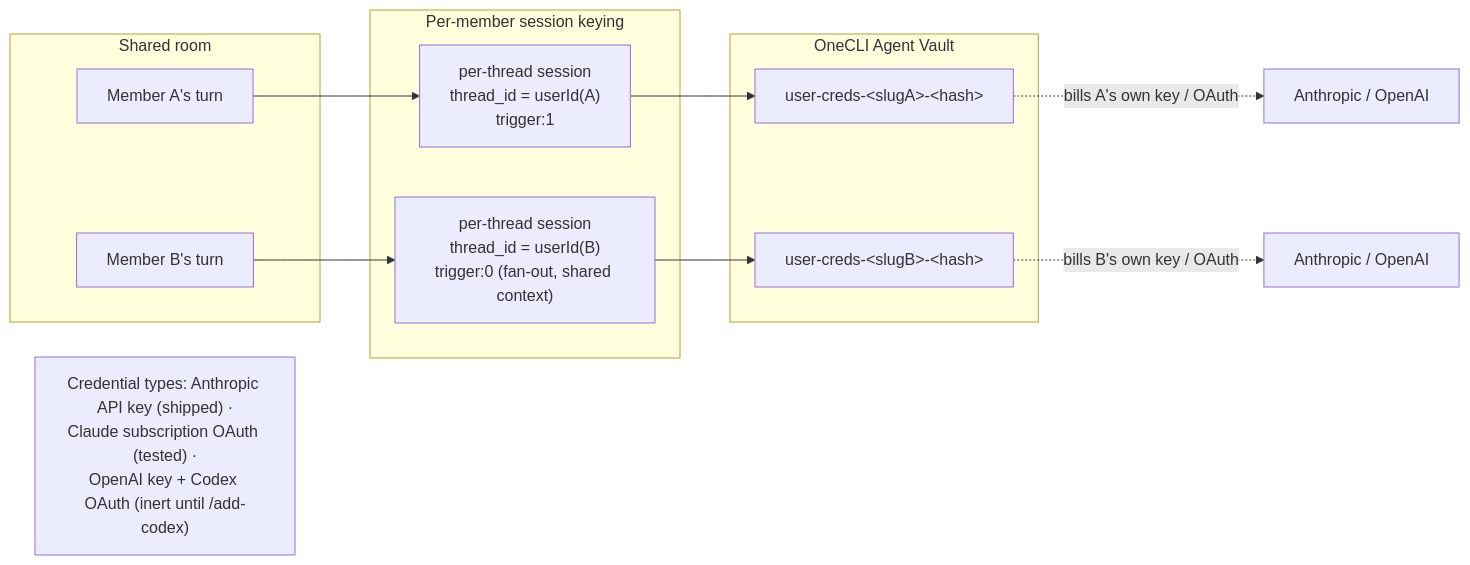
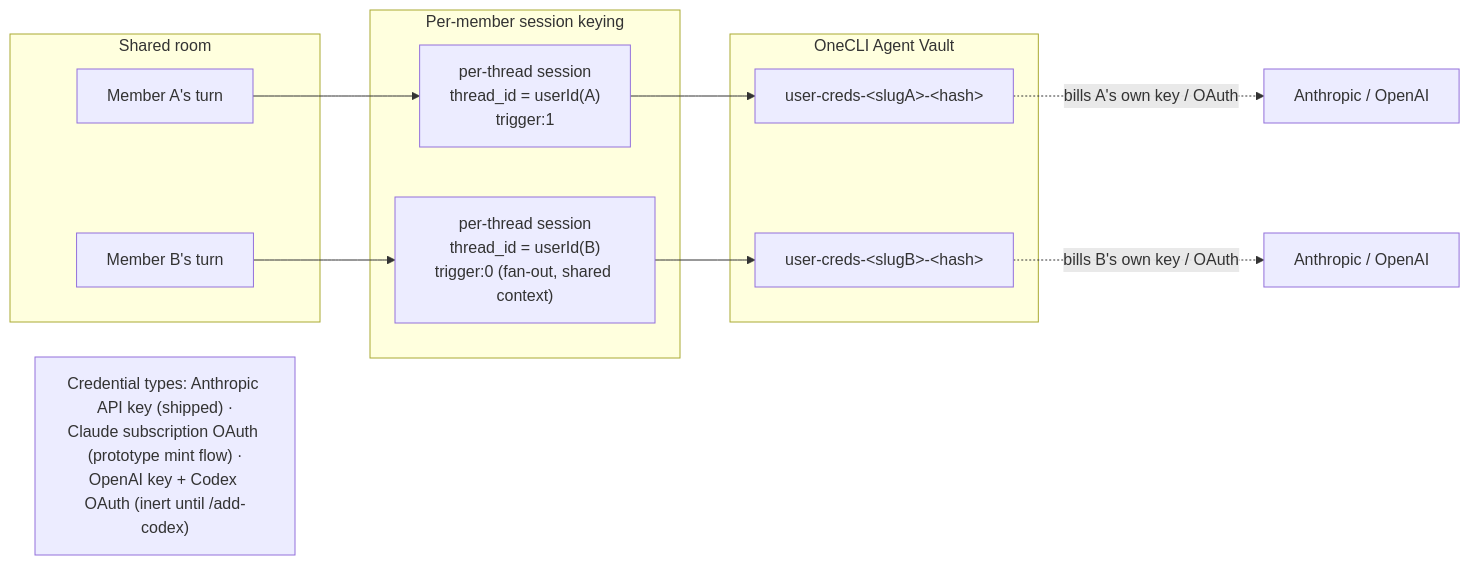
The third of 5 diagrams in app/docs/webchat/architecture-diagram.md (javexed/nanoclaw-webchat), drawn with Mermaid before and after one commit. The commit also changed other lines of this file and 347 other files, not shown here.

````diff
--- a/app/docs/webchat/architecture-diagram.md
+++ b/app/docs/webchat/architecture-diagram.md
@@ -97,24 +97,24 @@
 ```mermaid
 flowchart LR
   subgraph Room["Shared room"]
     MemberA["Member A's turn"]
     MemberB["Member B's turn"]
   end
 
   subgraph Keying["Per-member session keying"]
     KeyA["per-thread session<br/>thread_id = userId(A)<br/>trigger:1"]
     KeyB["per-thread session<br/>thread_id = userId(B)<br/>trigger:0 (fan-out, shared context)"]
   end
 
   subgraph Vault["OneCLI Agent Vault"]
     IdA["user-creds-&lt;slugA&gt;-&lt;hash&gt;"]
     IdB["user-creds-&lt;slugB&gt;-&lt;hash&gt;"]
   end
 
   MemberA --> KeyA --> IdA
   MemberB --> KeyB --> IdB
   IdA -. "bills A's own key / OAuth" .-> ProviderA["Anthropic / OpenAI"]
   IdB -. "bills B's own key / OAuth" .-> ProviderB["Anthropic / OpenAI"]
 
-  Note["Credential types: Anthropic API key (shipped) ·<br/>Claude subscription OAuth (tested) ·<br/>OpenAI key + Codex OAuth (inert until /add-codex)"]
+  Note["Credential types: Anthropic API key (shipped) ·<br/>Claude subscription OAuth (prototype mint flow) ·<br/>OpenAI key + Codex OAuth (inert until /add-codex)"]
 ```
````
